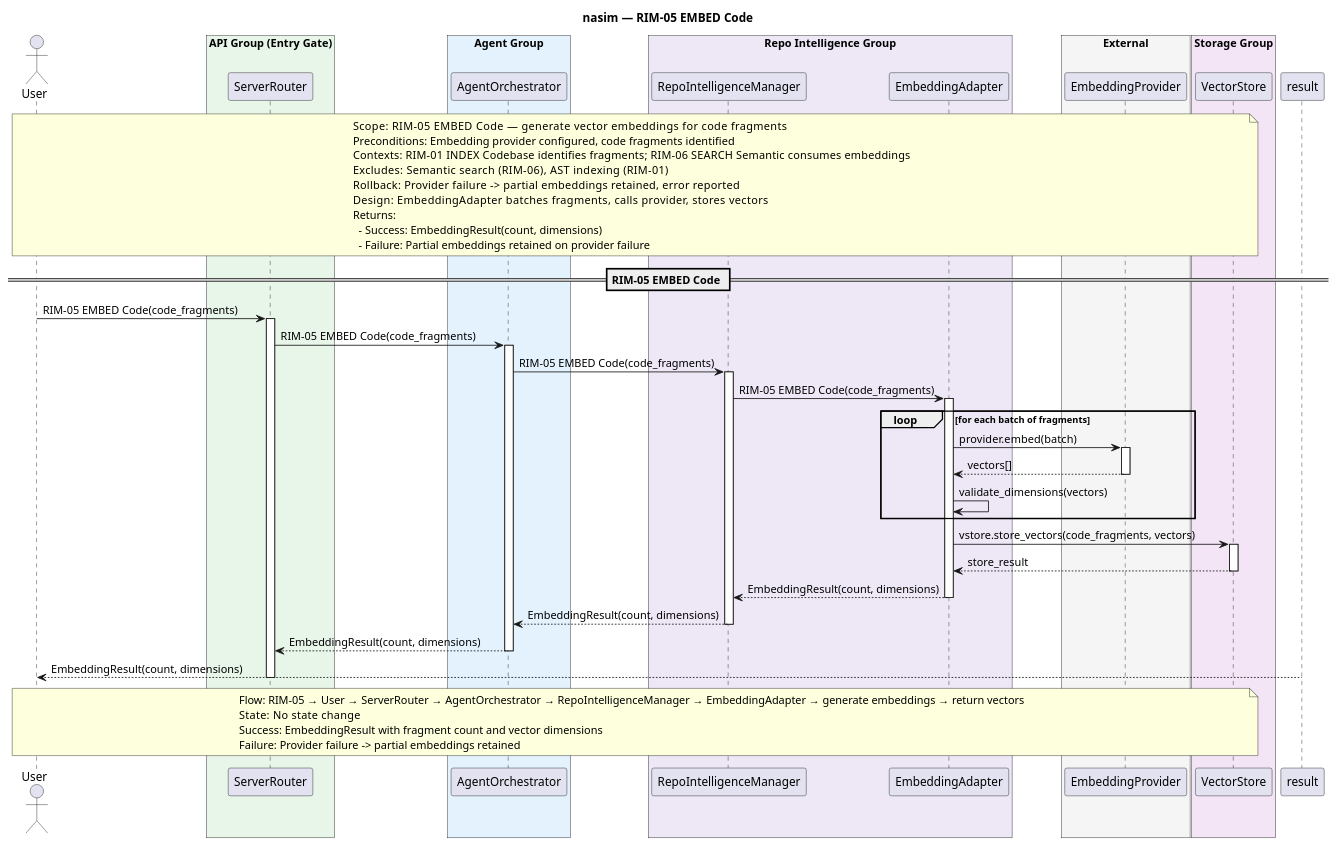
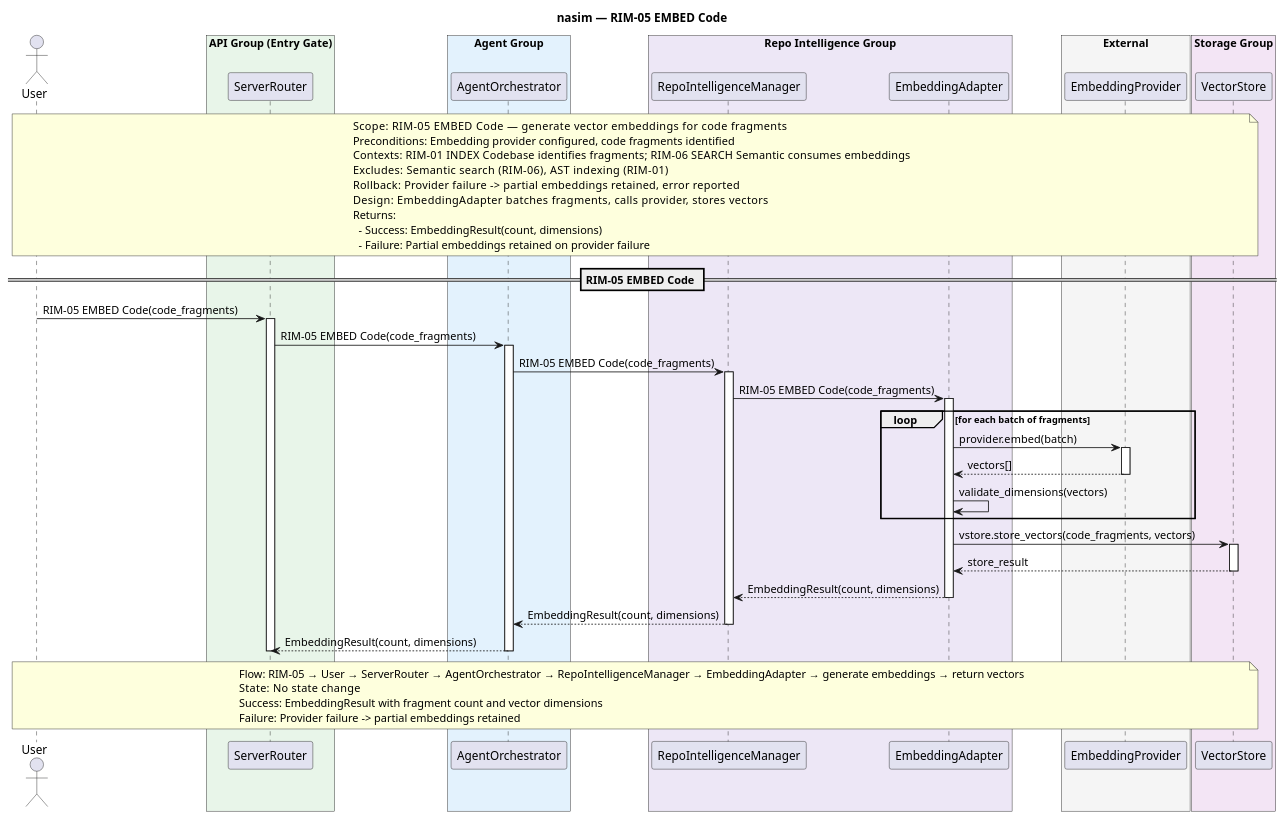
Before and after one commit to salimnamvar/nasim: the diagram in docs/SQ/RIM/sq_rim05_embed_code.puml, drawn with PlantUML. The commit also changed 133 other files, not shown here.

First line of the commit message:
docs: Refactor sequence diagrams and update documentation for session management and tool operations

```diff
--- a/docs/SQ/RIM/sq_rim05_embed_code.puml
+++ b/docs/SQ/RIM/sq_rim05_embed_code.puml
@@ -1,90 +1,89 @@
 @startuml sq_rim05_embed_code
 ' ============================================================
 ' Title:     RIM-05 — EMBED Code
 ' Boundary:  nasim code agent
 ' Purpose:   Generate vector embeddings for code fragments
 ' Milestone: v1.0
 ' Version:   9.1.0
 ' Source:    CAR refinement loop — API-First transformation
 ' Review:    docs/SQ/README.md
 ' ============================================================
 
 title nasim — RIM-05 EMBED Code
 
 actor "User" as user
 
 box "API Group (Entry Gate)" #E8F5E9
   participant "ServerRouter" as router
 end box
 box "Agent Group" #E3F2FD
   participant "AgentOrchestrator" as agent
 end box
 box "Repo Intelligence Group" #EDE7F6
   participant "RepoIntelligenceManager" as rim
   participant "EmbeddingAdapter" as embed
 end box
 box "External" #F5F5F5
   participant "EmbeddingProvider" as provider
 end box
 box "Storage Group" #F3E5F5
   participant "VectorStore" as vstore
 end box
 
 note over user, vstore
   Scope:          RIM-05 EMBED Code — generate vector embeddings for code fragments
   Preconditions:  Embedding provider configured, code fragments identified
   Contexts:       RIM-01 INDEX Codebase identifies fragments; RIM-06 SEARCH Semantic consumes embeddings
   Excludes:       Semantic search (RIM-06), AST indexing (RIM-01)
   Rollback:       Provider failure -> partial embeddings retained, error reported
   Design:         EmbeddingAdapter batches fragments, calls provider, stores vectors
   Returns:
     - Success: EmbeddingResult(count, dimensions)
     - Failure: Partial embeddings retained on provider failure
 end note
 
 == RIM-05 EMBED Code ==
 
 user -> router : RIM-05 EMBED Code(code_fragments)
 activate router
 router -> agent : RIM-05 EMBED Code(code_fragments)
 activate agent
 
 agent -> rim : RIM-05 EMBED Code(code_fragments)
 activate rim
 
 rim -> embed : RIM-05 EMBED Code(code_fragments)
 activate embed
 
 loop for each batch of fragments
     embed -> provider : provider.embed(batch)
     activate provider
     provider --> embed : vectors[]
     deactivate provider
 
     embed -> embed : validate_dimensions(vectors)
 end
 
 embed -> vstore : vstore.store_vectors(code_fragments, vectors)
 activate vstore
 vstore --> embed : store_result
 deactivate vstore
 
 embed --> rim : EmbeddingResult(count, dimensions)
 deactivate embed
 
 rim --> agent : EmbeddingResult(count, dimensions)
 deactivate rim
 
 agent --> router : EmbeddingResult(count, dimensions)
 deactivate agent
-result --> user : EmbeddingResult(count, dimensions)
 deactivate router
 
 note over user, vstore
   Flow:    RIM-05 → User → ServerRouter → AgentOrchestrator → RepoIntelligenceManager → EmbeddingAdapter → generate embeddings → return vectors
   State:   No state change
   Success: EmbeddingResult with fragment count and vector dimensions
   Failure: Provider failure -> partial embeddings retained
 end note
 
 @enduml
```
